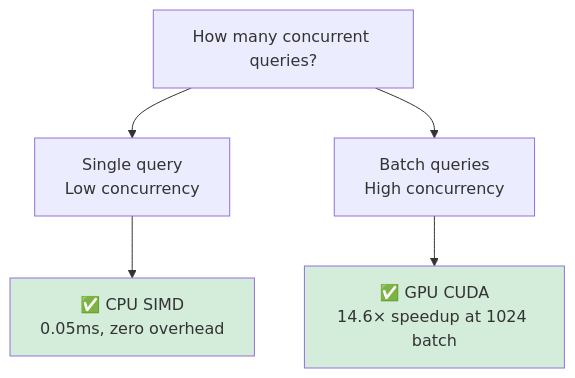
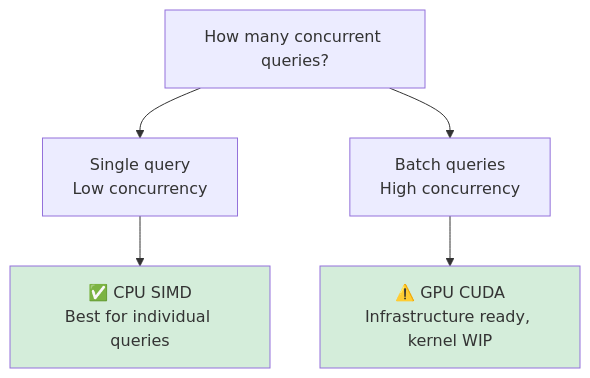
One commit to spectrayan/spector-search changed the first of 3 diagrams in docs/docs/architecture/gpu-acceleration.md. Above: the diagram before and after it, drawn with Mermaid. The commit also changed other lines of this file and 3 other files, not shown here.

````diff
--- a/docs/docs/architecture/gpu-acceleration.md
+++ b/docs/docs/architecture/gpu-acceleration.md
@@ -9,11 +9,11 @@
 ```mermaid
 graph TD
     Q["How many concurrent queries?"] --> Single["Single query<br/>Low concurrency"]
     Q --> Batch["Batch queries<br/>High concurrency"]
     
-    Single --> CPU["✅ CPU SIMD<br/>0.05ms, zero overhead"]
-    Batch --> GPU["✅ GPU CUDA<br/>14.6× speedup at 1024 batch"]
+    Single --> CPU["✅ CPU SIMD<br/>Best for individual queries"]
+    Batch --> GPU["⚠️ GPU CUDA<br/>Infrastructure ready, kernel WIP"]
     
     style CPU fill:#d4edda
     style GPU fill:#d4edda
 ```
````
